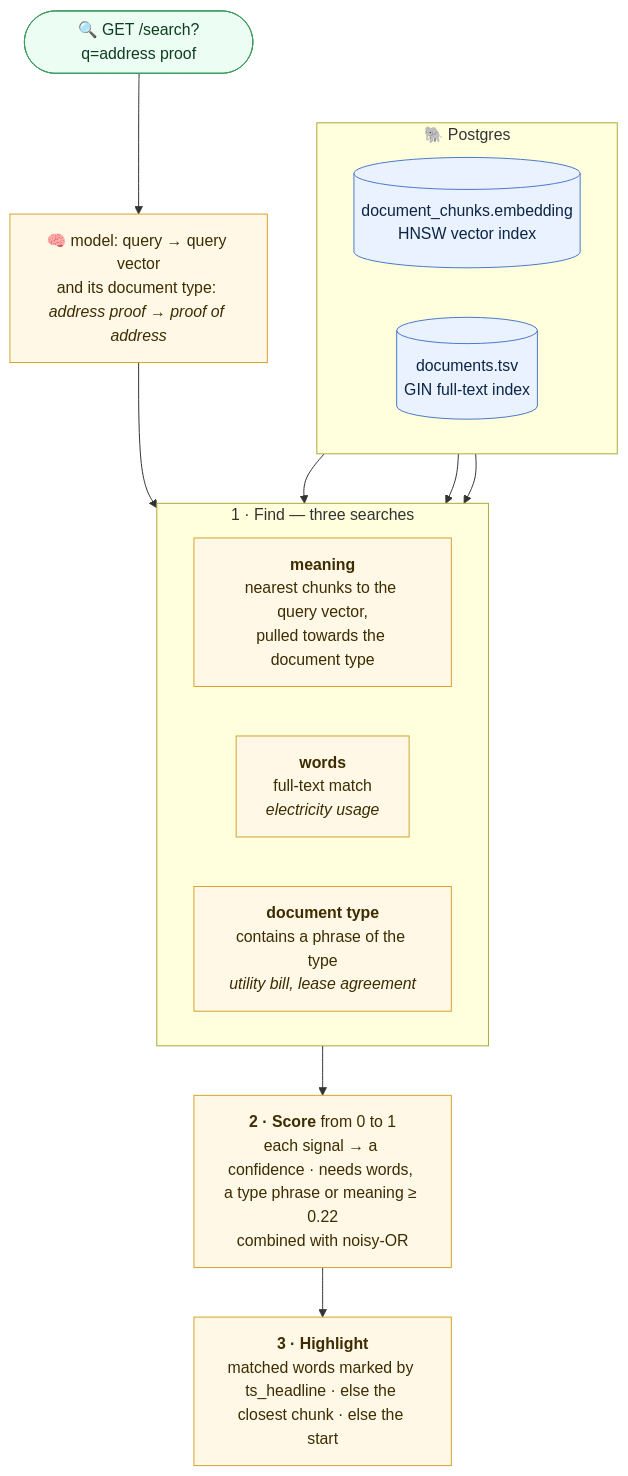
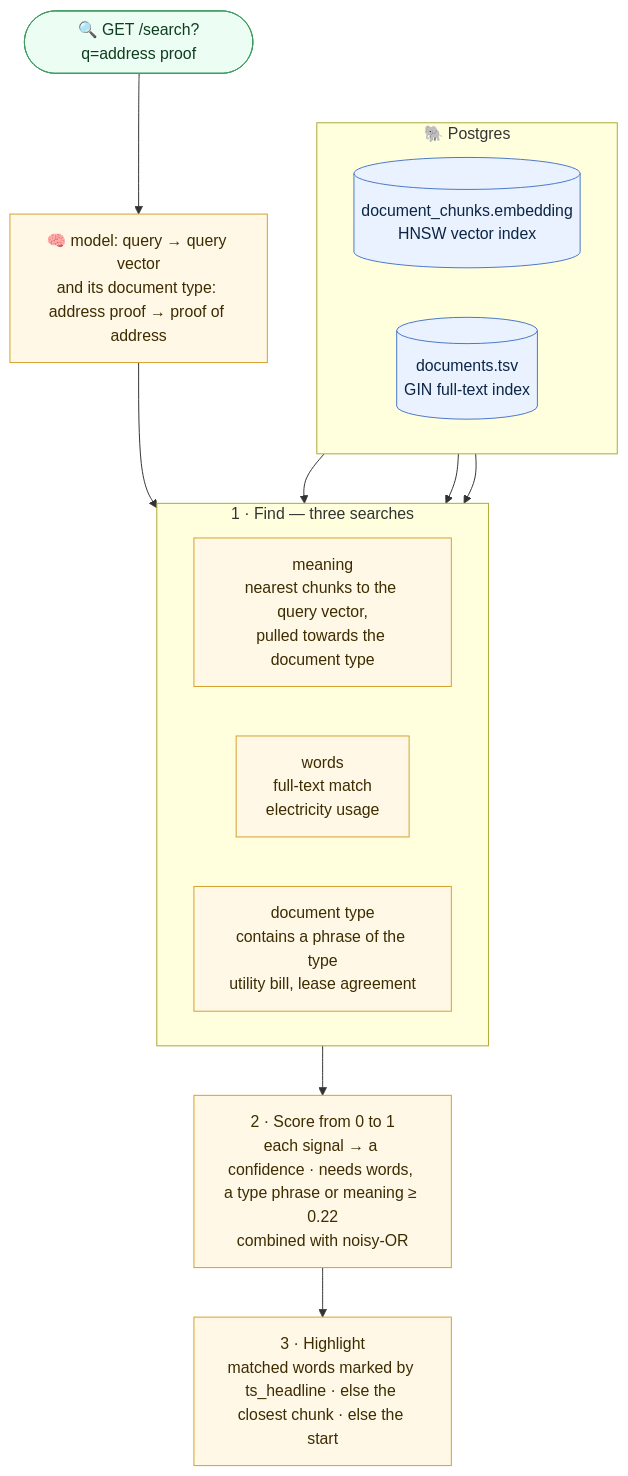
The third of 3 diagrams in README.md (refined/neviswealth), drawn with Mermaid before and after one commit. The commit also changed other lines of this file, not shown here.

Commit message:
Render README diagrams with SVG labels so GitHub does not clip them

````diff
--- a/README.md
+++ b/README.md
@@ -193,33 +195,34 @@
 ```mermaid
+%%{init: {"flowchart": {"htmlLabels": false}}}%%
 flowchart TB
     input(["🔍 GET /search?q=address proof"])
-    query["🧠 model: query → query vector<br/>and its document type: <i>address proof → proof of address</i>"]
+    query["🧠 model: query → query vector<br/>and its document type: address proof → proof of address"]
 
     subgraph indexes["🐘 Postgres"]
         direction LR
         vectors[("document_chunks.embedding<br/>HNSW vector index")]
         tsv[("documents.tsv<br/>GIN full-text index")]
     end
 
     subgraph find["1 · Find — three searches"]
         direction LR
-        meaning["<b>meaning</b><br/>nearest chunks to the query vector,<br/>pulled towards the document type"]
-        words["<b>words</b><br/>full-text match<br/><i>electricity usage</i>"]
-        type["<b>document type</b><br/>contains a phrase of the type<br/><i>utility bill, lease agreement</i>"]
+        meaning["meaning<br/>nearest chunks to the query vector,<br/>pulled towards the document type"]
+        words["words<br/>full-text match<br/>electricity usage"]
+        type["document type<br/>contains a phrase of the type<br/>utility bill, lease agreement"]
     end
 
-    score["<b>2 · Score</b> from 0 to 1<br/>each signal → a confidence · needs words, a type phrase or meaning ≥ 0.22<br/>combined with noisy-OR"]
-    highlight["<b>3 · Highlight</b><br/>matched words marked by ts_headline · else the closest chunk · else the start"]
+    score["2 · Score from 0 to 1<br/>each signal → a confidence · needs words, a type phrase or meaning ≥ 0.22<br/>combined with noisy-OR"]
+    highlight["3 · Highlight<br/>matched words marked by ts_headline · else the closest chunk · else the start"]
 
     input --> query --> find
     tsv --> words & type
     vectors --> meaning
     find --> score --> highlight
 
     classDef io fill:#ecfdf3,stroke:#3f9b5f,color:#0f3d1f
     classDef step fill:#fff8e6,stroke:#d4a12a,color:#3d2c00
     classDef store fill:#eaf2ff,stroke:#4a78c9,color:#0b2545
     class input io
     class query,words,meaning,type,score,highlight step
     class tsv,vectors store
 ```
````
